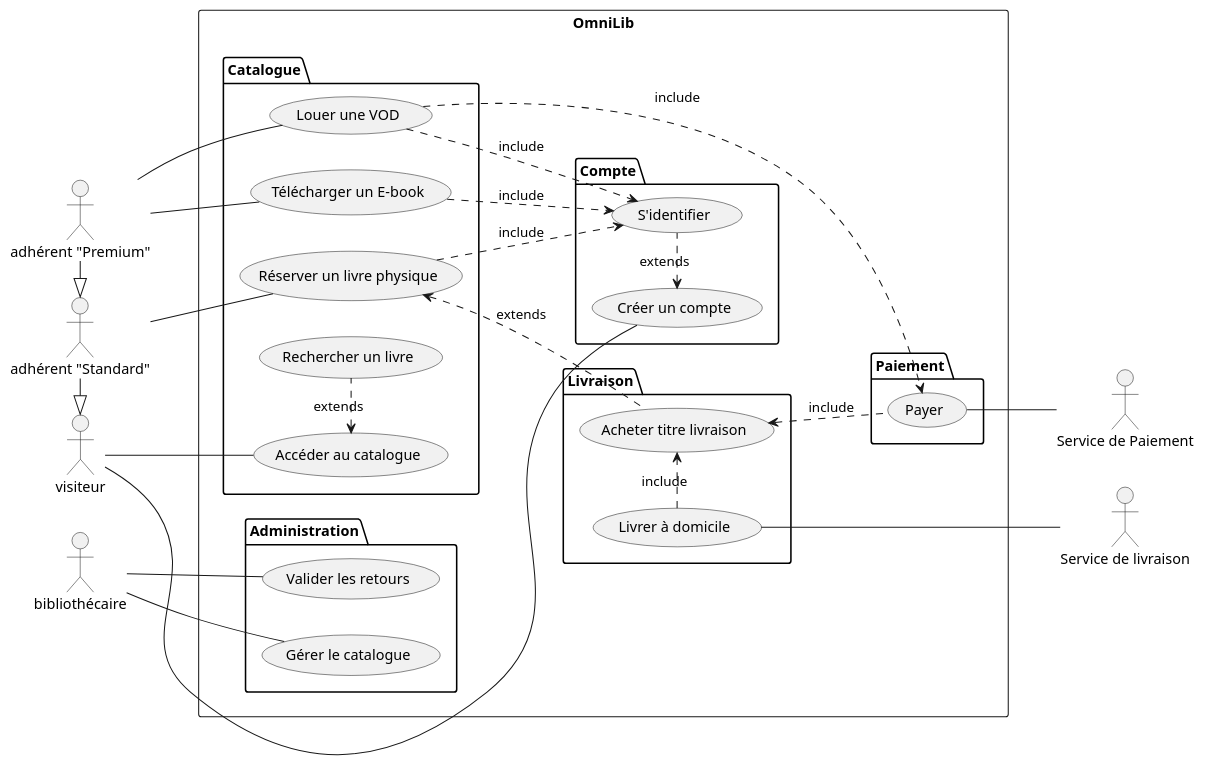
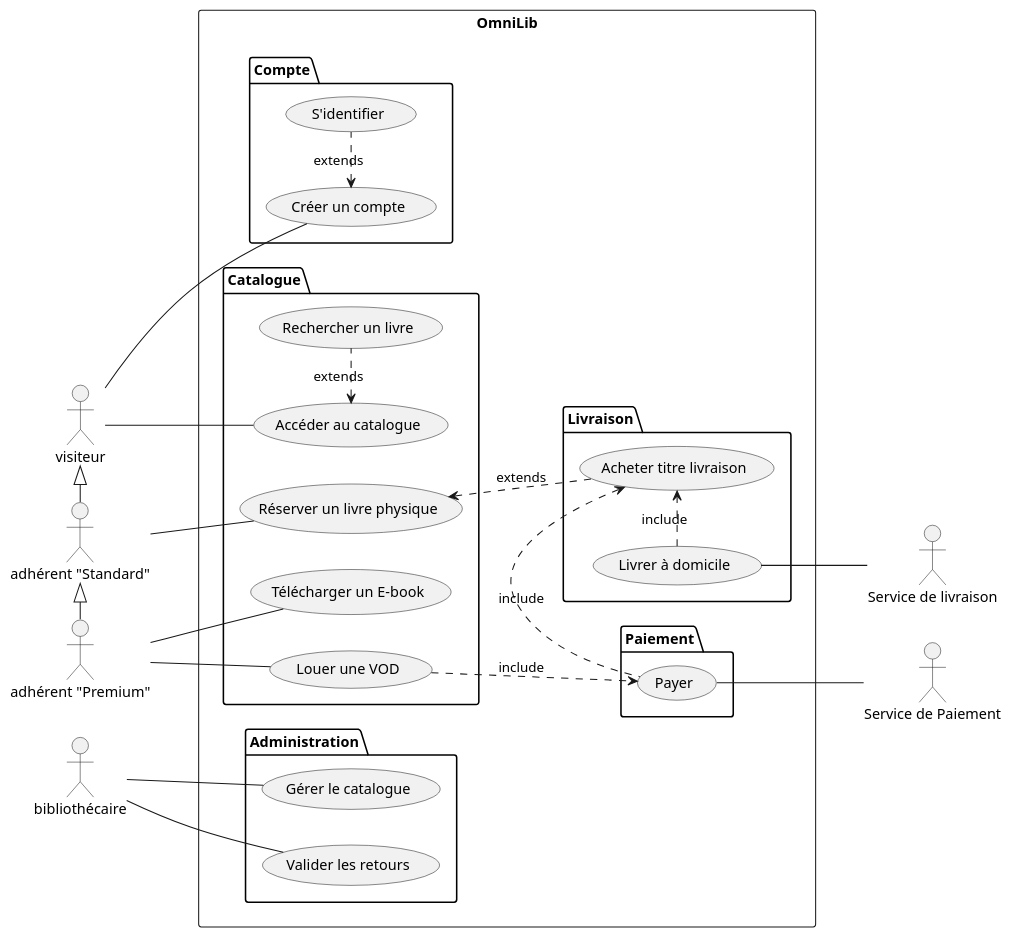
The diagram in Diagramme_Cas_Utilisation.iuml (gomes-matheo/OmniLib-UML-Exercise-), drawn with PlantUML before and after one commit.

Commit message:
Fix include relationships in Diagramme_Cas_Utilisation

```diff
--- a/Diagramme_Cas_Utilisation.iuml
+++ b/Diagramme_Cas_Utilisation.iuml
@@ -1,79 +1,77 @@
 @startuml
 
 left to right direction
 
 together {
   actor :visiteur: as ACT1
   actor :adhérent "Standard": as ACT2
   actor :adhérent "Premium": as ACT3
   actor :bibliothécaire: as ACT4
   
 }
 
 together {
   actor :Service de Paiement: as ACTS1
   actor :Service de livraison: as ACTS2
   
 }
 
 rectangle "OmniLib" {
   package "Catalogue" {
     usecase "Accéder au catalogue" as U1
     usecase "Rechercher un livre" as U2
     usecase "Réserver un livre physique" as U3
     usecase "Télécharger un E-book" as U4
     usecase "Louer une VOD" as U5
   }
   
   package "Compte" {
     usecase "Créer un compte" as C1
     usecase "S'identifier" as C2
   }
   
   package "Paiement" {
     usecase "Payer" as P1
   }
   
   package "Livraison" {
     usecase "Livrer à domicile" as L1
     usecase "Acheter titre livraison" as L2
   }
   
   package "Administration" {
     usecase "Gérer le catalogue" as A1
     usecase "Valider les retours" as A2
   }
 }
 
 ACT1 <|- ACT2
 ACT2 <|- ACT3
 
 
 ACT1 -- U1
 
 ACT2 -- U3
 ACT3 -- U4
 ACT3 -- U5
 
 ACT4 -- A1
 ACT4 -- A2
 
 ACT1 -- C1
 C1 <. C2 : extends
 
 P1 -- ACTS1
 L1 -- ACTS2
 
 U1 <. U2 : extends
 
 
 U3 <.- L2 : extends
 U5 -.> P1 : include
 L1 .> L2 : include
-L2 <.- P1 : include
+L2 <. P1 : include
 
-U3 -.> C2 : include
-U4 -.> C2 : include
-U5 -.> C2 : include
+
 
 @enduml
```
